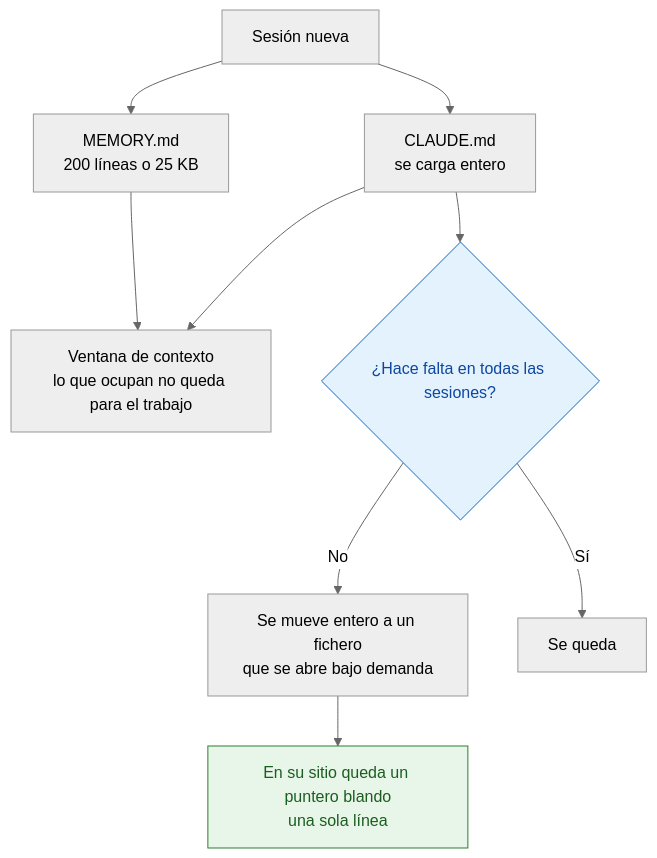
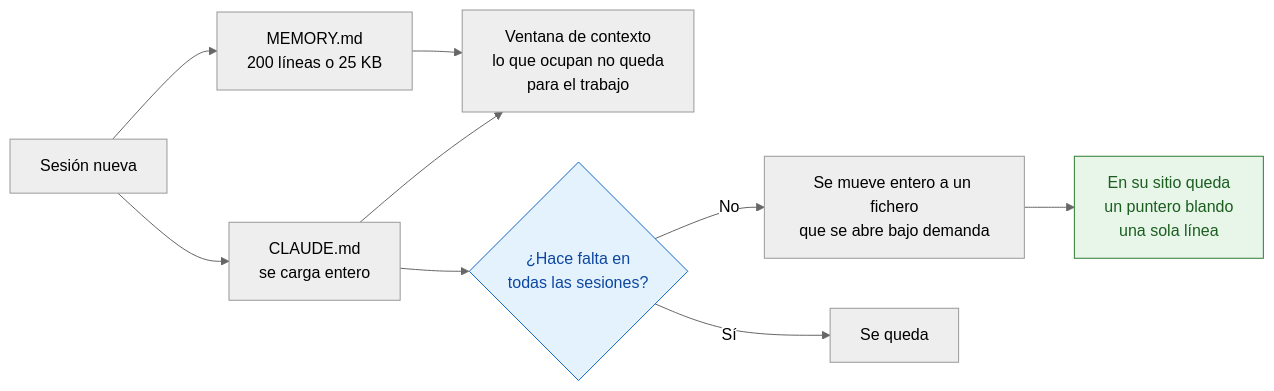
One commit to jleonceo/claude-code-context-management changed the diagram in README.md. Above: the diagram before and after it, drawn with Mermaid (neutral theme). The commit also changed 1 other file, not shown here.

Commit message:
Esquema: pasa a horizontal para que ocupe menos de una pantalla
Iba de arriba abajo y ocupaba más de 800 píxeles de alto. Ahora va de
izquierda a derecha. El contenido de las cajas es el mismo.

````diff
--- a/README.md
+++ b/README.md
@@ -80,12 +80,12 @@
 ```mermaid
-flowchart TD
+flowchart LR
     S[Sesión nueva] --> CL[CLAUDE.md<br/>se carga entero]
     S --> ME[MEMORY.md<br/>200 líneas o 25 KB]
-    CL & ME --> V[Ventana de contexto<br/>lo que ocupan no queda para el trabajo]
-    CL --> P{¿Hace falta en todas las sesiones?}
+    CL & ME --> V[Ventana de contexto<br/>lo que ocupan no queda<br/>para el trabajo]
+    CL --> P{¿Hace falta en<br/>todas las sesiones?}
     P -->|No| F[Se mueve entero a un fichero<br/>que se abre bajo demanda]
-    F --> PB[En su sitio queda un puntero blando<br/>una sola línea]
+    F --> PB[En su sitio queda<br/>un puntero blando<br/>una sola línea]
     P -->|Sí| Q[Se queda]
     style P fill:#e3f2fd,stroke:#1565c0,color:#0d47a1
     style PB fill:#e8f5e9,stroke:#2e7d32,color:#1b5e20
 ```
````
